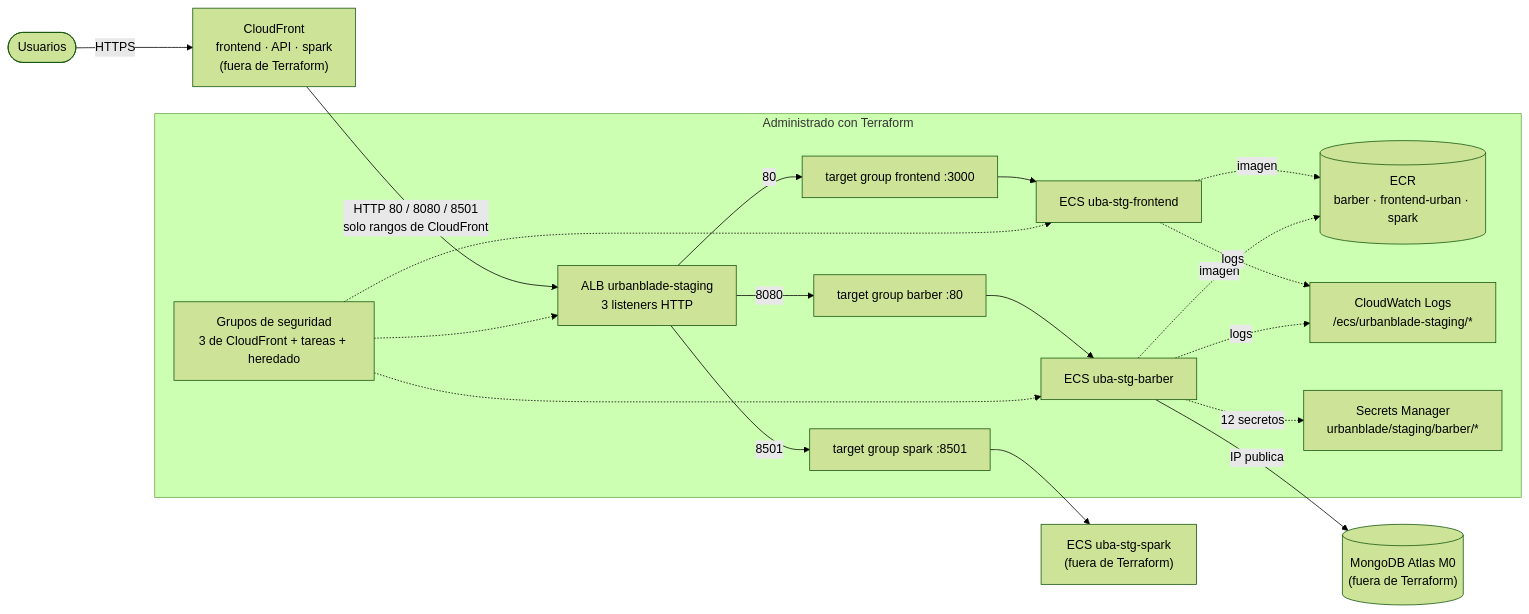
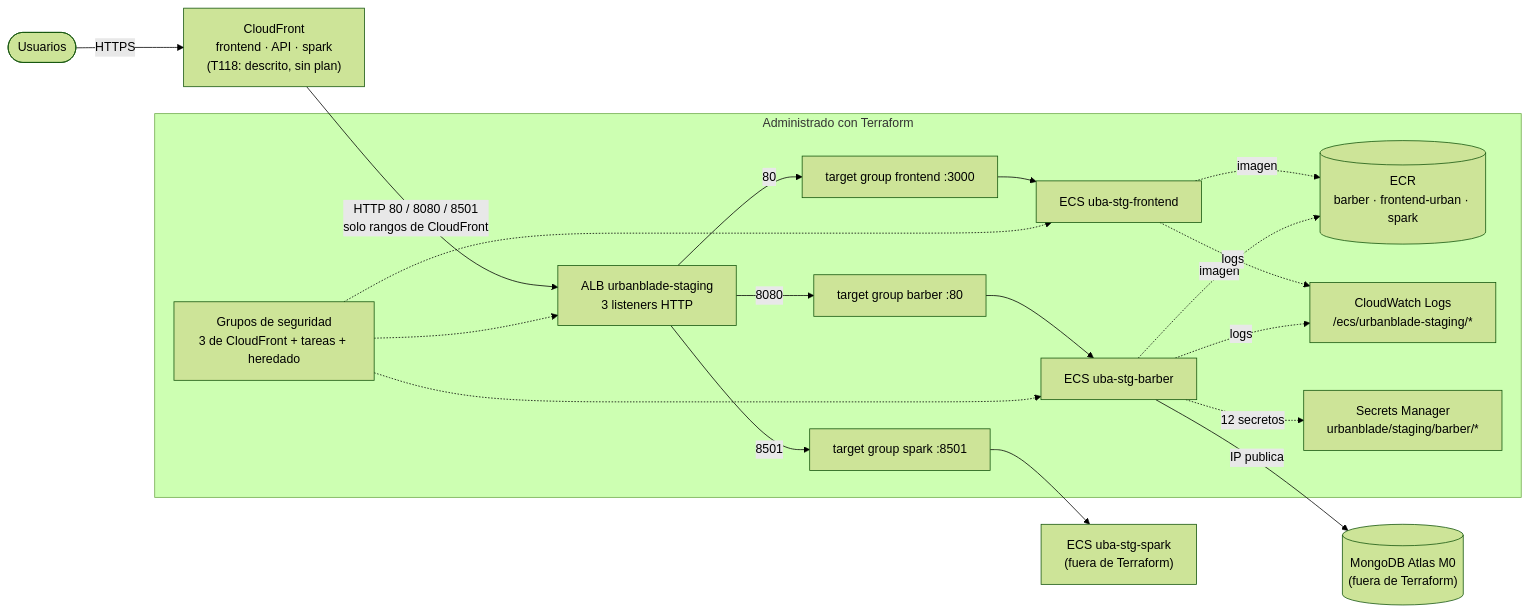
Before and after one commit to al140605/barberterraform: the diagram in docs/INFRAESTRUCTURA_STAGING.md, drawn with Mermaid (forest theme). The commit also changed other lines of this file and 5 other files, not shown here.

First line of the commit message:
feat(terraform): describir el clúster y los usuarios de MongoDB Atlas para importarlos (T118)

````diff
--- a/docs/INFRAESTRUCTURA_STAGING.md
+++ b/docs/INFRAESTRUCTURA_STAGING.md
@@ -8,25 +8,25 @@
 ```mermaid
 flowchart LR
-    U([Usuarios]) -->|HTTPS| CF["CloudFront<br/>frontend · API · spark<br/>(fuera de Terraform)"]
+    U([Usuarios]) -->|HTTPS| CF["CloudFront<br/>frontend · API · spark<br/>(T118: descrito, sin plan)"]
     CF -->|"HTTP 80 / 8080 / 8501<br/>solo rangos de CloudFront"| ALB
 
     subgraph TF ["Administrado con Terraform"]
         ALB["ALB urbanblade-staging<br/>3 listeners HTTP"]
         ALB -->|80| TGF["target group frontend :3000"]
         ALB -->|8080| TGB["target group barber :80"]
         ALB -->|8501| TGS["target group spark :8501"]
         TGF --> SF["ECS uba-stg-frontend"]
         TGB --> SB["ECS uba-stg-barber"]
         SF -.->|imagen| ECR[("ECR<br/>barber · frontend-urban · spark")]
         SB -.->|imagen| ECR
         SF -.->|logs| LOG["CloudWatch Logs<br/>/ecs/urbanblade-staging/*"]
         SB -.->|logs| LOG
         SB -.->|"12 secretos"| SEC["Secrets Manager<br/>urbanblade/staging/barber/*"]
         SG["Grupos de seguridad<br/>3 de CloudFront + tareas + heredado"] -.-> ALB
         SG -.-> SF
         SG -.-> SB
     end
 
     TGS --> SS["ECS uba-stg-spark<br/>(fuera de Terraform)"]
     SB -->|"IP publica"| ATLAS[("MongoDB Atlas M0<br/>(fuera de Terraform)")]
 ```
````
